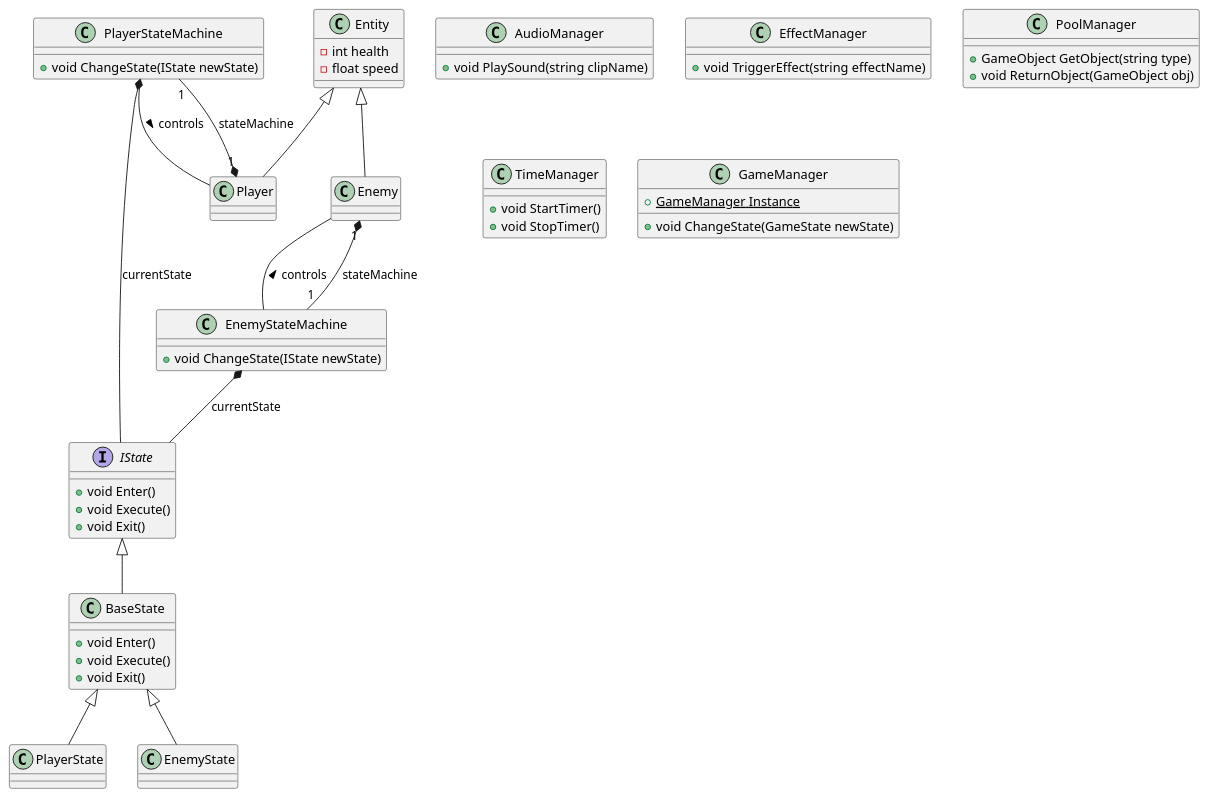
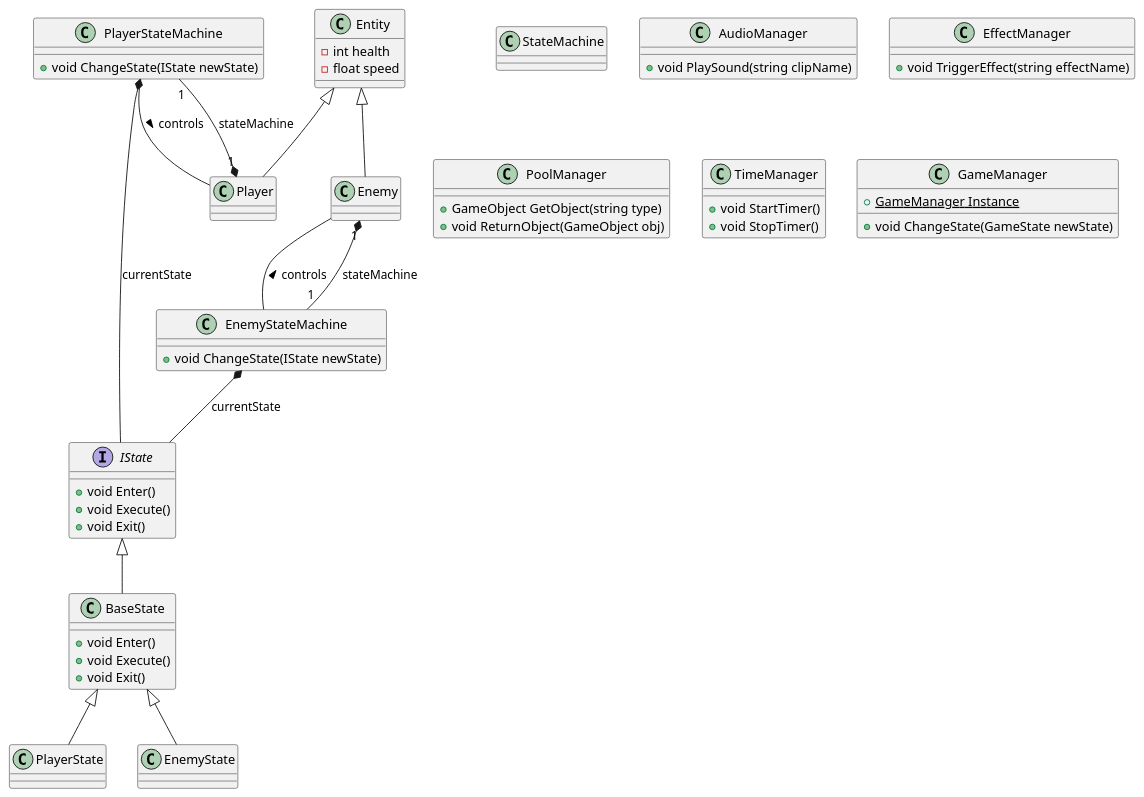
Before and after one commit to Shatang0821/TopDownAPRG: the diagram in Class.pu, drawn with PlantUML. The commit also changed 1 other file, not shown here.

Commit message:
クラス図追加

```diff
--- a/Class.pu
+++ b/Class.pu
@@ -1,81 +1,83 @@
 @startuml TopDown
 ' キャラクターとそのステートマシン
 class Entity {
     -int health
     -float speed
 }
 
 class Player {
 }
 
 class Enemy {
 }
 
 Entity <|-- Player
 Entity <|-- Enemy
 
 interface IState {
     +void Enter()
     +void Execute()
     +void Exit()
 }
 
 class BaseState {
     +void Enter()
     +void Execute()
     +void Exit()
 }
+
+class StateMachine
 
 BaseState -up-|> IState
 
 class PlayerState {
 }
 
 class EnemyState {
 }
 
 PlayerState -up-|> BaseState
 EnemyState -up-|> BaseState
 
 class PlayerStateMachine {
     +void ChangeState(IState newState)
 }
 
 class EnemyStateMachine {
     +void ChangeState(IState newState)
 }
 
 PlayerStateMachine -- Player : controls >
 EnemyStateMachine -- Enemy : controls >
 
 Player "1" *-- "1" PlayerStateMachine : stateMachine
 Enemy "1" *-- "1" EnemyStateMachine : stateMachine
 
 PlayerStateMachine *-- IState : currentState
 EnemyStateMachine *-- IState : currentState
 
 ' マネージャー
 class AudioManager {
     +void PlaySound(string clipName)
 }
 
 class EffectManager {
     +void TriggerEffect(string effectName)
 }
 
 class PoolManager {
     +GameObject GetObject(string type)
     +void ReturnObject(GameObject obj)
 }
 
 class TimeManager {
     +void StartTimer()
     +void StopTimer()
 }
 
 class GameManager {
     {static} +GameManager Instance
     +void ChangeState(GameState newState)
 }
 
 @enduml
```
